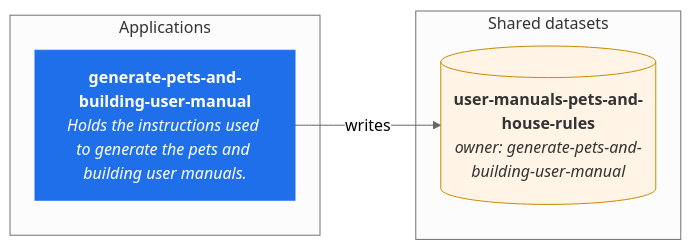
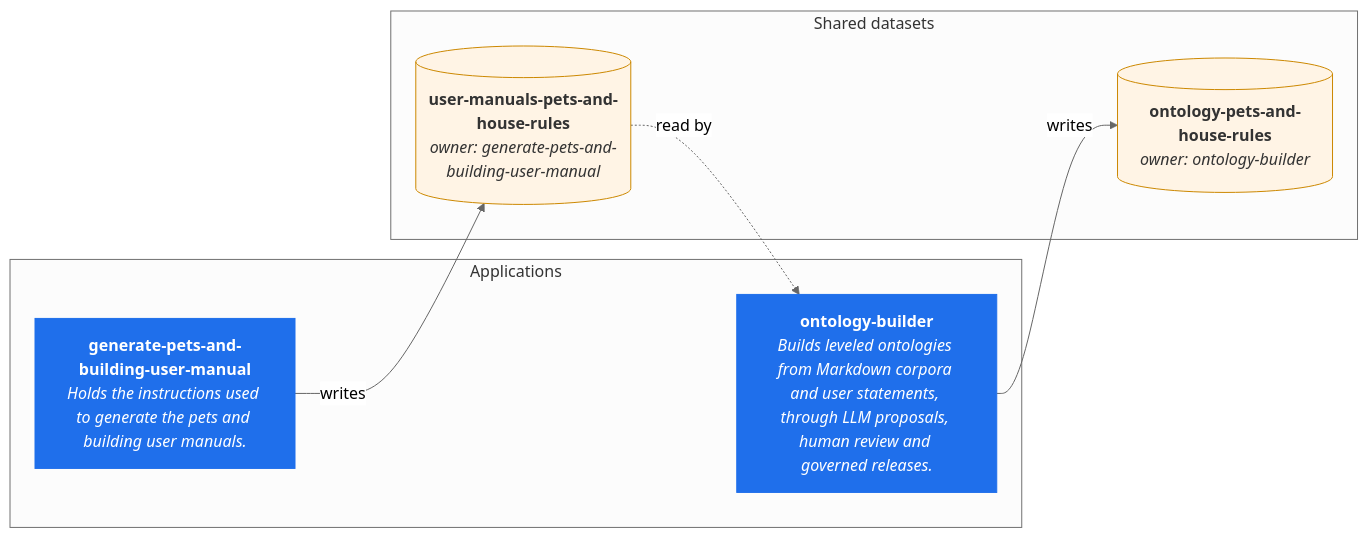
Before and after one commit to belaboros/DomainAiAssistant: the second of 3 diagrams in docs/architecture/architecture.md, drawn with Mermaid (neutral theme). The commit also changed other lines of this file and 288 other files, not shown here.

First line of the commit message:
Add spec 0002 OntologyBuilder: plan and back end (T1-T21)

````diff
--- a/docs/architecture/architecture.md
+++ b/docs/architecture/architecture.md
@@ -41,15 +41,19 @@
 ```mermaid
 flowchart LR
     subgraph apps [Applications]
         app_generate_pets_and_building_user_manual["<b>generate-pets-and-building-user-manual</b><br/><i>Holds the instructions used to generate the pets and building user manuals.</i>"]
+        app_ontology_builder["<b>ontology-builder</b><br/><i>Builds leveled ontologies from Markdown corpora and user statements, through LLM proposals, human review and governed releases.</i>"]
     end
     subgraph data [Shared datasets]
         ds_user_manuals_pets_and_house_rules[("<b>user-manuals-pets-and-house-rules</b><br/><i>owner: generate-pets-and-building-user-manual</i>")]
+        ds_ontology_pets_and_house_rules[("<b>ontology-pets-and-house-rules</b><br/><i>owner: ontology-builder</i>")]
     end
     app_generate_pets_and_building_user_manual -- writes --> ds_user_manuals_pets_and_house_rules
+    app_ontology_builder -- writes --> ds_ontology_pets_and_house_rules
+    ds_user_manuals_pets_and_house_rules -. read by .-> app_ontology_builder
     classDef app fill:#1f6feb,color:#fff,stroke:#1f6feb
     classDef lib fill:#eef,color:#333,stroke:#669
     classDef data fill:#fff4e5,color:#333,stroke:#c80
-    class app_generate_pets_and_building_user_manual app
-    class ds_user_manuals_pets_and_house_rules data
+    class app_generate_pets_and_building_user_manual,app_ontology_builder app
+    class ds_user_manuals_pets_and_house_rules,ds_ontology_pets_and_house_rules data
 ```
````
